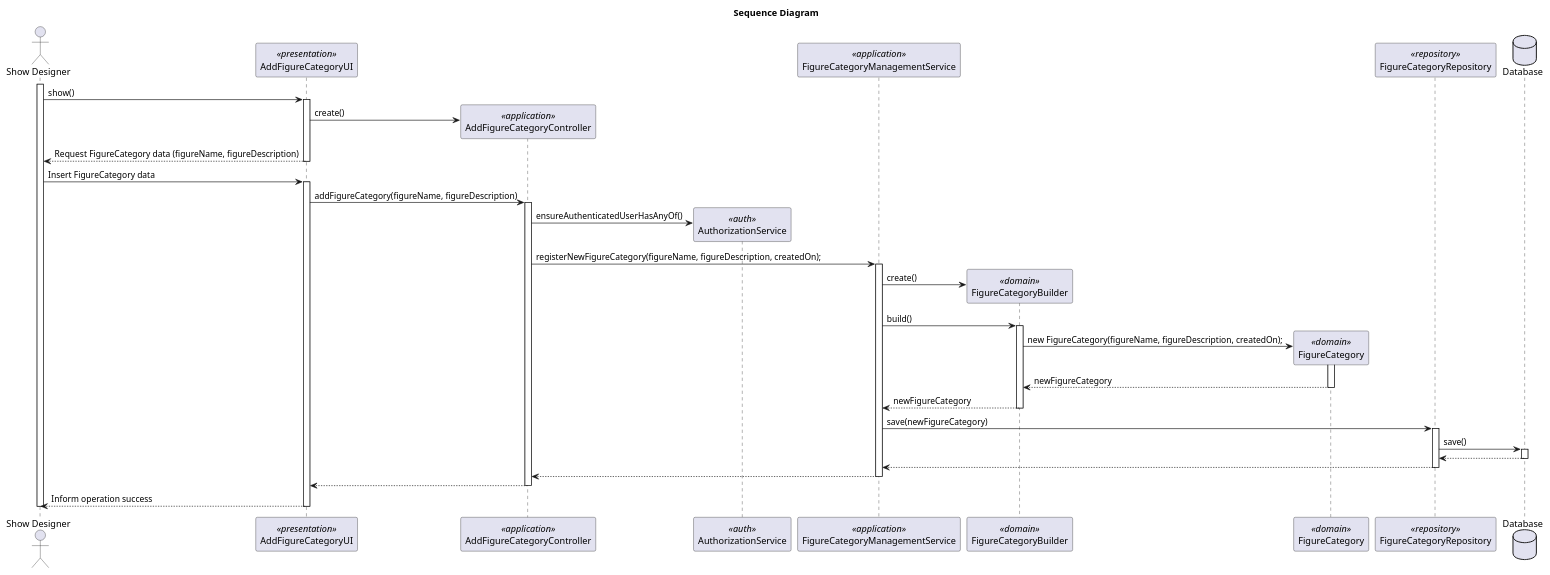
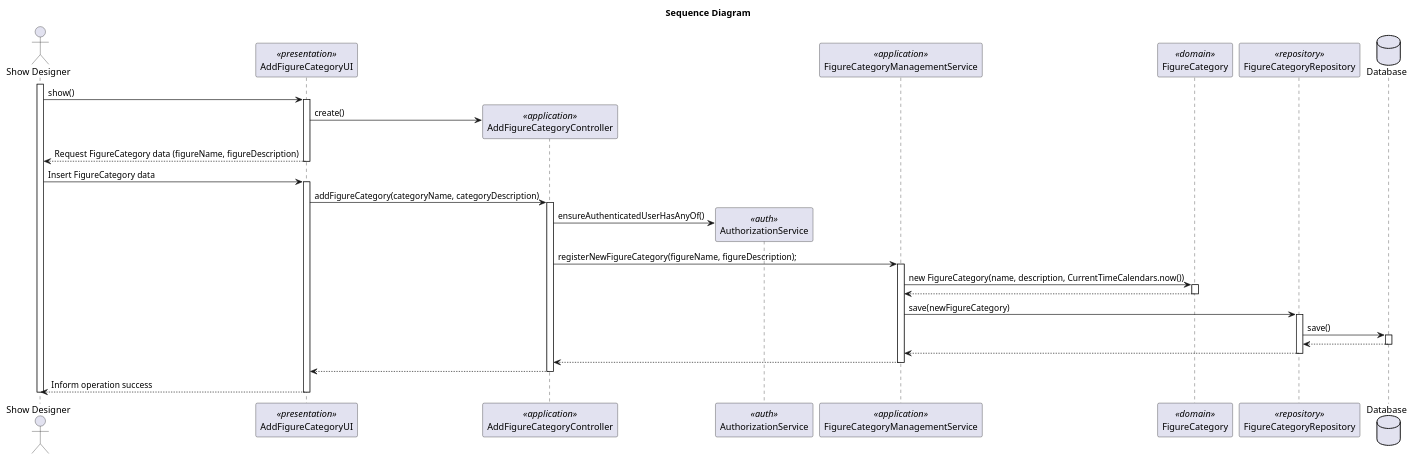
Before and after one commit to rubenFreitas1/ISEP-LAPR4-2024-2025: the diagram in docs/Sprint2/us_245/diagrams/sequence-diagram-US245.puml, drawn with PlantUML. The commit also changed 10 other files, not shown here.

```diff
--- a/docs/Sprint2/us_245/diagrams/sequence-diagram-US245.puml
+++ b/docs/Sprint2/us_245/diagrams/sequence-diagram-US245.puml
@@ -1,78 +1,69 @@
 @startuml
 title Sequence Diagram
 
 actor "Show Designer" as Actor
 participant "AddFigureCategoryUI" as UI <<presentation>>
 participant "AddFigureCategoryController" as Controller <<application>>
 participant "AuthorizationService" as AuthorizationService <<auth>>
 participant "FigureCategoryManagementService" as FigureCategoryManagementService <<application>>
-participant "FigureCategoryBuilder" as FigureCategoryBuilder <<domain>>
 participant "FigureCategory" as FigureCategory <<domain>>
 participant "FigureCategoryRepository" as FigureCategoryRepository <<repository>>
 database "Database" as Database
 
 activate Actor
 
 Actor -> UI: show()
     activate UI
 
 UI -> Controller** : create()
 
 UI --> Actor: Request FigureCategory data (figureName, figureDescription)
 
 deactivate UI
 
 Actor -> UI: Insert FigureCategory data
 
 
     activate UI
 
-        UI -> Controller : addFigureCategory(figureName, figureDescription)
+        UI -> Controller : addFigureCategory(categoryName, categoryDescription)
             activate Controller
 
                 Controller -> AuthorizationService** : ensureAuthenticatedUserHasAnyOf()
 
                 deactivate AuthorizationService
 
-                Controller -> FigureCategoryManagementService : registerNewFigureCategory(figureName, figureDescription, createdOn);
+                Controller -> FigureCategoryManagementService : registerNewFigureCategory(figureName, figureDescription);
                 activate FigureCategoryManagementService
 
-                    FigureCategoryManagementService -> FigureCategoryBuilder** : create()
-                    FigureCategoryManagementService -> FigureCategoryBuilder : build()
-                    activate FigureCategoryBuilder
 
-                        FigureCategoryBuilder -> FigureCategory**: new FigureCategory(figureName, figureDescription, createdOn);
+                    FigureCategoryManagementService -> FigureCategory : new FigureCategory(name, description, CurrentTimeCalendars.now())
+                    activate FigureCategory
 
-                         activate FigureCategory
-
-                         FigureCategory --> FigureCategoryBuilder : newFigureCategory
-                         deactivate FigureCategory
-
-                          FigureCategoryBuilder --> FigureCategoryManagementService : newFigureCategory
-
-                    deactivate FigureCategoryBuilder
+                        FigureCategory --> FigureCategoryManagementService
+                    deactivate FigureCategory
 
 
                     FigureCategoryManagementService -> FigureCategoryRepository : save(newFigureCategory)
 
                     activate FigureCategoryRepository
 
                              FigureCategoryRepository -> Database : save()
                              activate Database
 
                                 Database --> FigureCategoryRepository
                              deactivate Database
 
                              FigureCategoryRepository --> FigureCategoryManagementService
                     deactivate FigureCategoryRepository
 
                     FigureCategoryManagementService --> Controller
                 deactivate FigureCategoryManagementService
 
                 Controller --> UI
             deactivate Controller
         UI --> Actor : Inform operation success
         deactivate UI
 deactivate Actor
 
 @enduml
```
